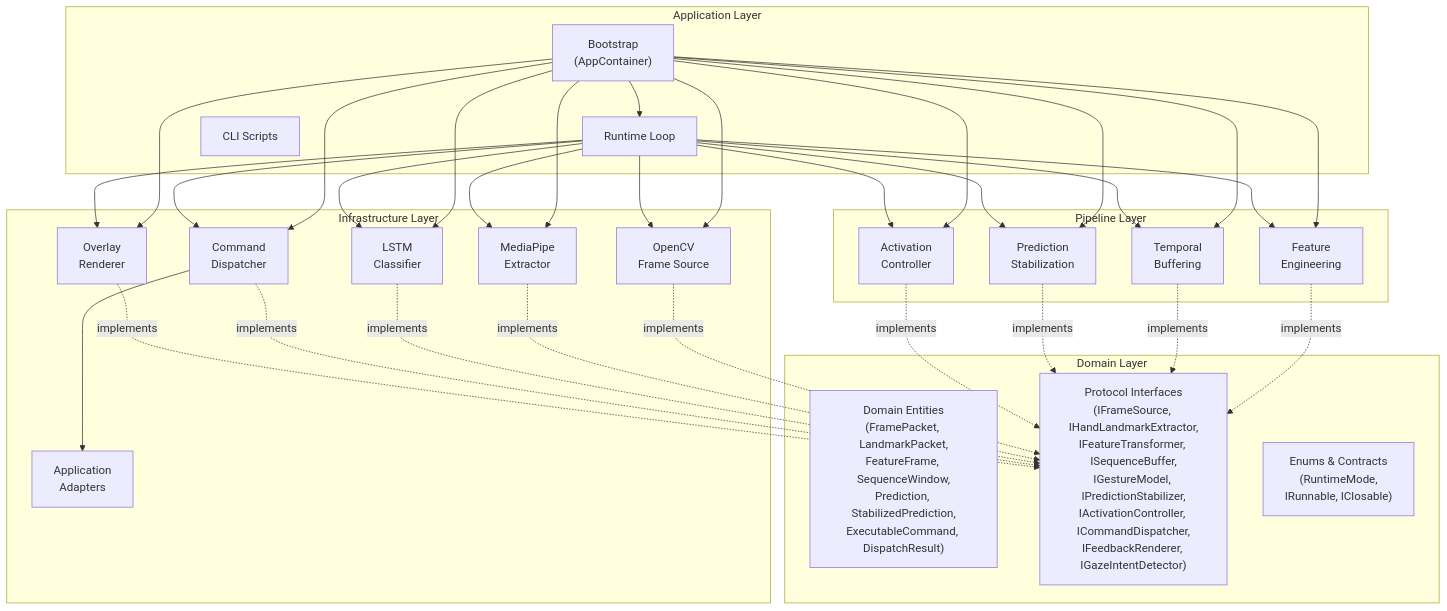
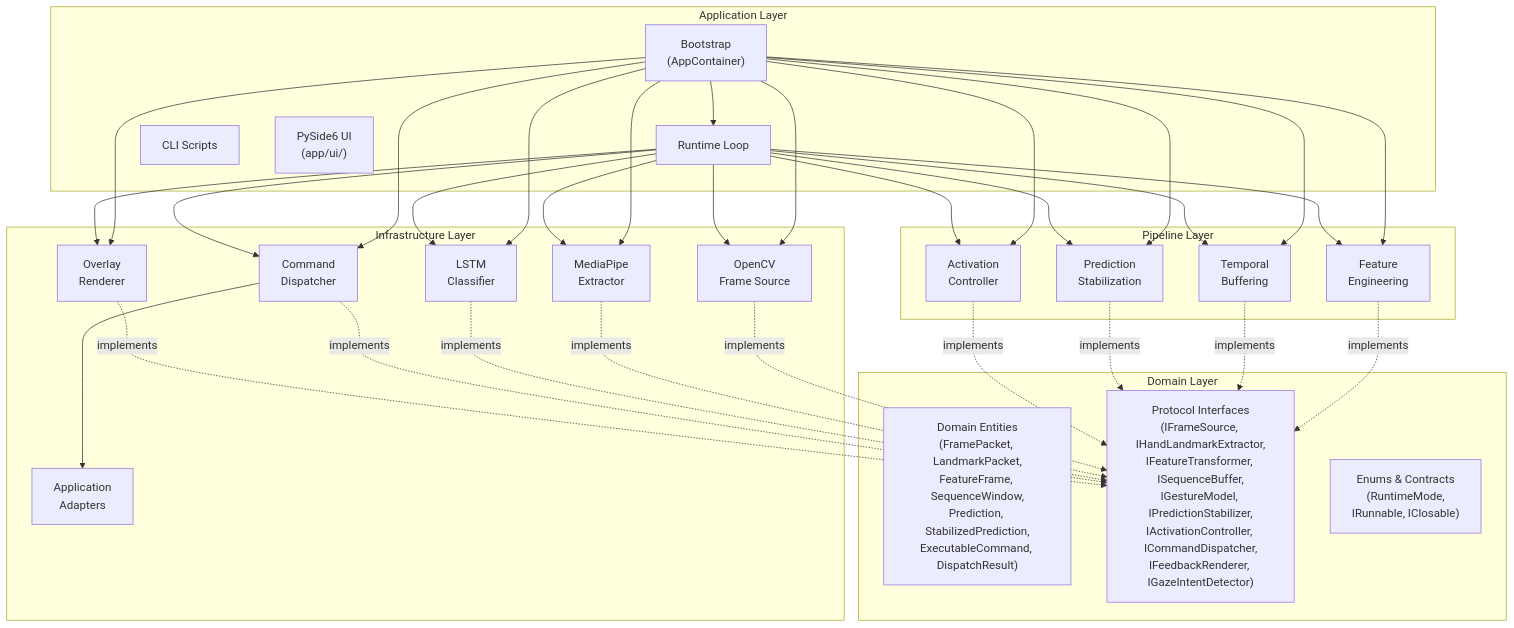
Before and after one commit to ntsrigaud/Maestro: the first of 2 diagrams in docs/architecture/logical-view.md, drawn with Mermaid. The commit also changed other lines of this file, not shown here.

First line of the commit message:
docs(ui): add UI control subsystem to logical architecture view

````diff
--- a/docs/architecture/logical-view.md
+++ b/docs/architecture/logical-view.md
@@ -9,63 +9,64 @@
 ```mermaid
 graph TB
     subgraph Application ["Application Layer"]
         Bootstrap["Bootstrap<br/>(AppContainer)"]
         RuntimeLoop["Runtime Loop"]
         CLI["CLI Scripts"]
+        UI["PySide6 UI<br/>(app/ui/)"]
     end
 
     subgraph Pipeline ["Pipeline Layer"]
         FeatureEng["Feature<br/>Engineering"]
         Buffering["Temporal<br/>Buffering"]
         Stabilization["Prediction<br/>Stabilization"]
         Activation["Activation<br/>Controller"]
     end
 
     subgraph Infrastructure ["Infrastructure Layer"]
         Camera["OpenCV<br/>Frame Source"]
         MediaPipe["MediaPipe<br/>Extractor"]
         LSTMModel["LSTM<br/>Classifier"]
         Dispatcher["Command<br/>Dispatcher"]
         Adapters["Application<br/>Adapters"]
         Overlay["Overlay<br/>Renderer"]
     end
 
     subgraph Domain ["Domain Layer"]
         Entities["Domain Entities<br/>(FramePacket, LandmarkPacket,<br/>FeatureFrame, SequenceWindow,<br/>Prediction, StabilizedPrediction,<br/>ExecutableCommand, DispatchResult)"]
         Interfaces["Protocol Interfaces<br/>(IFrameSource, IHandLandmarkExtractor,<br/>IFeatureTransformer, ISequenceBuffer,<br/>IGestureModel, IPredictionStabilizer,<br/>IActivationController, ICommandDispatcher,<br/>IFeedbackRenderer, IGazeIntentDetector)"]
         Enums["Enums & Contracts<br/>(RuntimeMode,<br/>IRunnable, IClosable)"]
     end
 
     Bootstrap --> Camera
     Bootstrap --> MediaPipe
     Bootstrap --> LSTMModel
     Bootstrap --> FeatureEng
     Bootstrap --> Buffering
     Bootstrap --> Stabilization
     Bootstrap --> Activation
     Bootstrap --> Dispatcher
     Bootstrap --> Overlay
     Bootstrap --> RuntimeLoop
 
     RuntimeLoop --> Camera
     RuntimeLoop --> MediaPipe
     RuntimeLoop --> FeatureEng
     RuntimeLoop --> Buffering
     RuntimeLoop --> LSTMModel
     RuntimeLoop --> Stabilization
     RuntimeLoop --> Activation
     RuntimeLoop --> Dispatcher
     RuntimeLoop --> Overlay
 
     Camera -.->|implements| Interfaces
     MediaPipe -.->|implements| Interfaces
     LSTMModel -.->|implements| Interfaces
     FeatureEng -.->|implements| Interfaces
     Buffering -.->|implements| Interfaces
     Stabilization -.->|implements| Interfaces
     Activation -.->|implements| Interfaces
     Dispatcher -.->|implements| Interfaces
     Overlay -.->|implements| Interfaces
 
     Dispatcher --> Adapters
 ```
````
